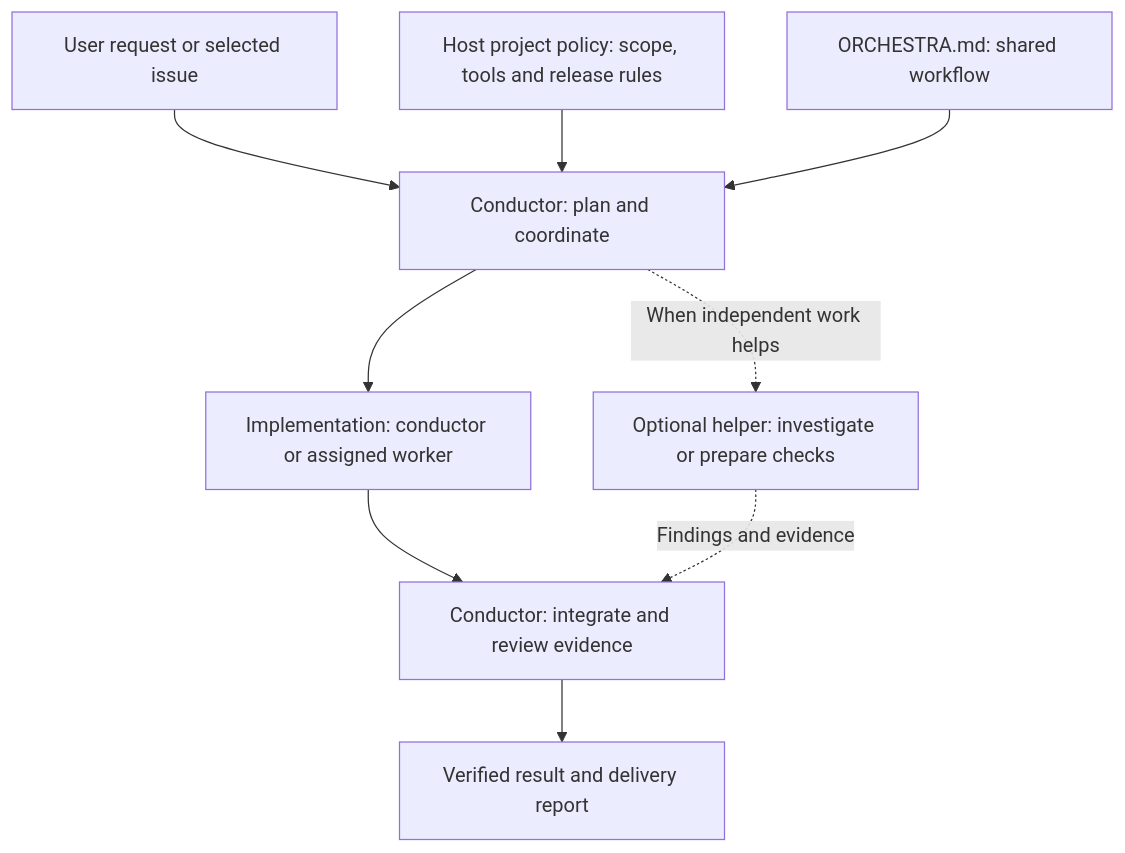
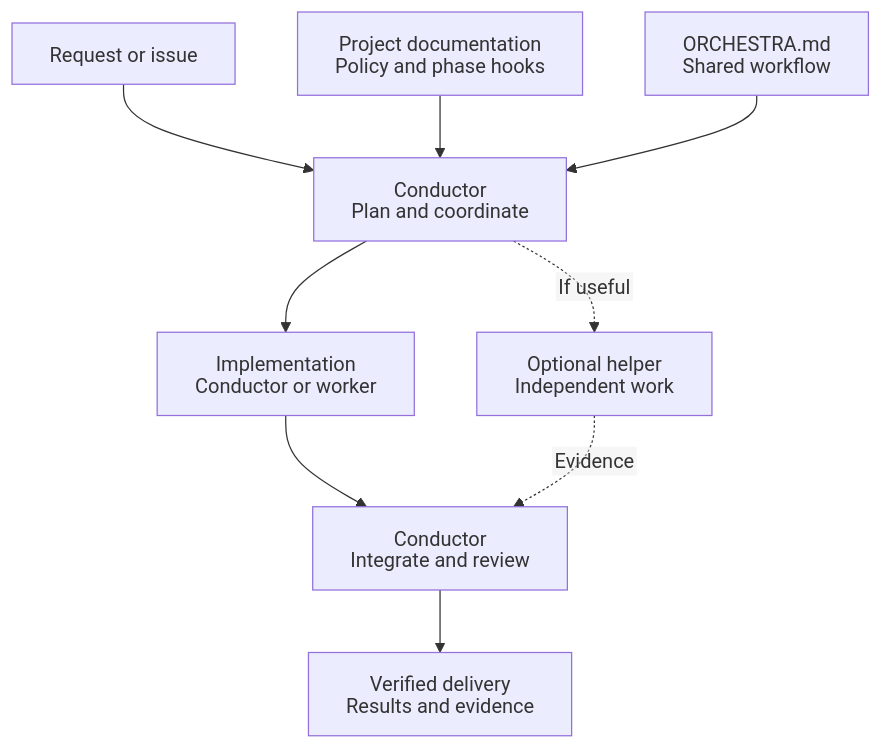
Before and after one commit to DasKrokodil/dirigenten-och-orkestern: the first of 2 diagrams in README.md, drawn with Mermaid. The commit also changed other lines of this file and 4 other files, not shown here.

Commit message:
docs: fit README diagram labels and visualize phase hooks

````diff
--- a/README.md
+++ b/README.md
@@ -23,11 +23,12 @@
 ```mermaid
+%%{init: {"htmlLabels": false}}%%
 flowchart TD
-    task["User request or selected issue"] --> conductor["Conductor: plan and coordinate"]
-    host["Host project policy: scope, tools and release rules"] --> conductor
-    core["ORCHESTRA.md: shared workflow"] --> conductor
-    conductor --> implementer["Implementation: conductor or assigned worker"]
-    conductor -. "When independent work helps" .-> helper["Optional helper: investigate or prepare checks"]
-    implementer --> review["Conductor: integrate and review evidence"]
-    helper -. "Findings and evidence" .-> review
-    review --> result["Verified result and delivery report"]
+    task["Request or issue"] --> conductor["Conductor<br/>Plan and coordinate"]
+    host["Project documentation<br/>Policy and phase hooks"] --> conductor
+    core["ORCHESTRA.md<br/>Shared workflow"] --> conductor
+    conductor --> implementer["Implementation<br/>Conductor or worker"]
+    conductor -. "If useful" .-> helper["Optional helper<br/>Independent work"]
+    implementer --> review["Conductor<br/>Integrate and review"]
+    helper -. "Evidence" .-> review
+    review --> result["Verified delivery<br/>Results and evidence"]
 ```
````
